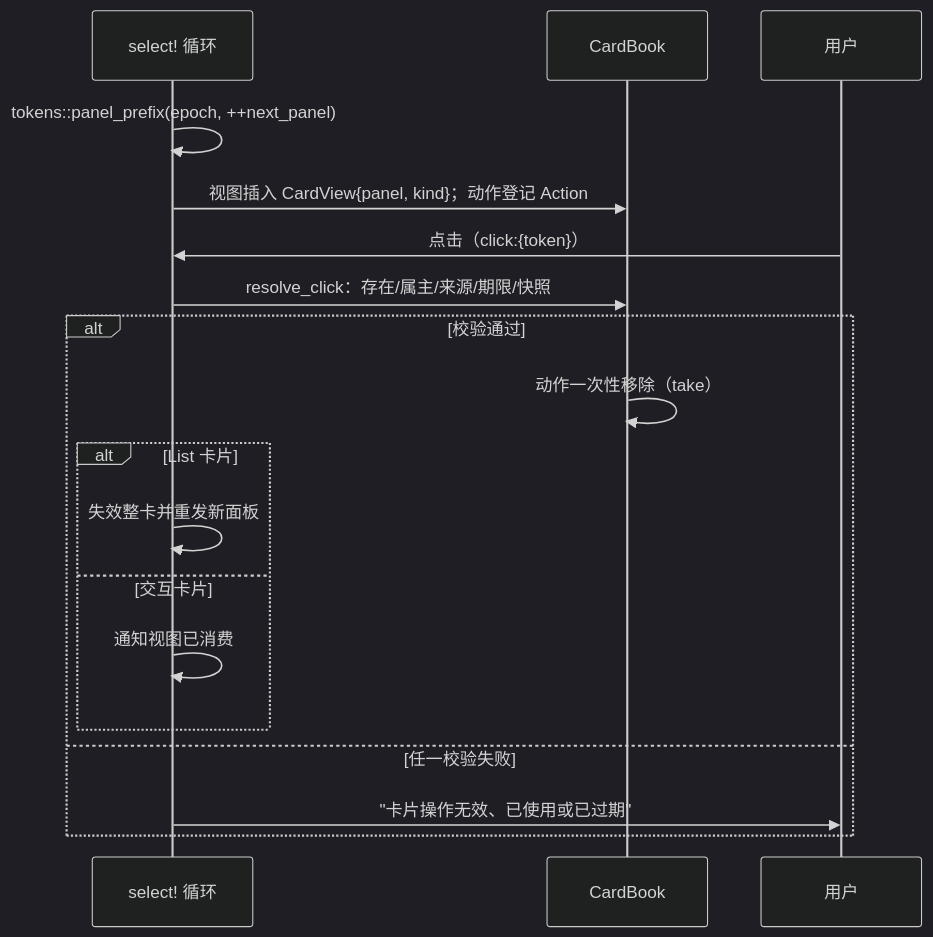
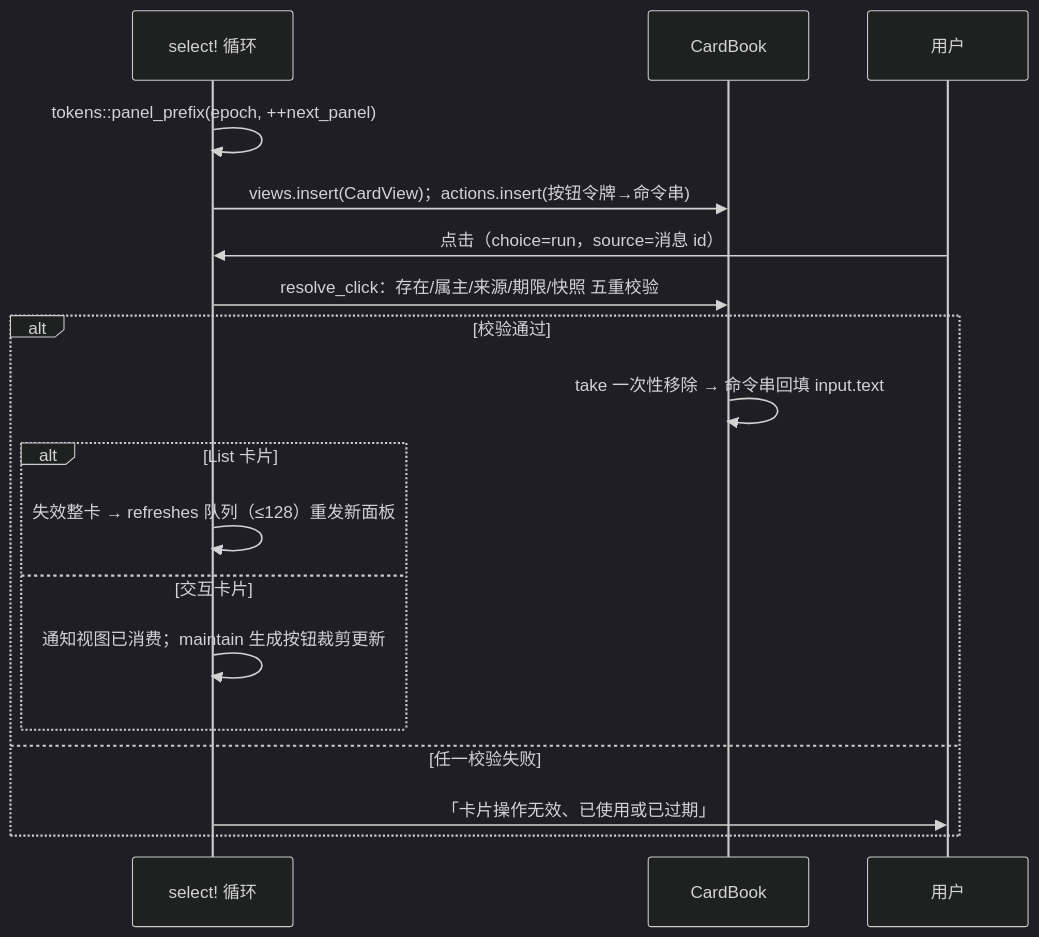
The tenth of 13 diagrams in docs/runtime-flows.md (helloangus/feishu-codex-bridge), drawn with Mermaid (dark theme) before and after one commit. The commit also changed other lines of this file and 16 other files, not shown here.

````diff
--- a/docs/runtime-flows.md
+++ b/docs/runtime-flows.md
@@ -102,21 +223,21 @@
 ```mermaid
 sequenceDiagram
     participant RT as select! 循环
     participant CB as CardBook
     participant U as 用户
 
     RT->>RT: tokens::panel_prefix(epoch, ++next_panel)
-    RT->>CB: 视图插入 CardView{panel, kind}；动作登记 Action
-    U->>RT: 点击（click:{token}）
-    RT->>CB: resolve_click：存在/属主/来源/期限/快照
+    RT->>CB: views.insert(CardView)；actions.insert(按钮令牌→命令串)
+    U->>RT: 点击（choice=run，source=消息 id）
+    RT->>CB: resolve_click：存在/属主/来源/期限/快照 五重校验
     alt 校验通过
-        CB->>CB: 动作一次性移除（take）
+        CB->>CB: take 一次性移除 → 命令串回填 input.text
         alt List 卡片
-            RT->>RT: 失效整卡并重发新面板
+            RT->>RT: 失效整卡 → refreshes 队列（≤128）重发新面板
         else 交互卡片
-            RT->>RT: 通知视图已消费
+            RT->>RT: 通知视图已消费；maintain 生成按钮裁剪更新
         end
     else 任一校验失败
-        RT->>U: "卡片操作无效、已使用或已过期"
+        RT->>U: 「卡片操作无效、已使用或已过期」
     end
 ```
````
